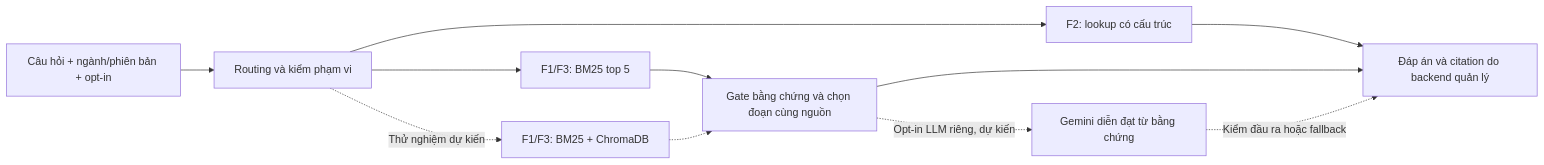
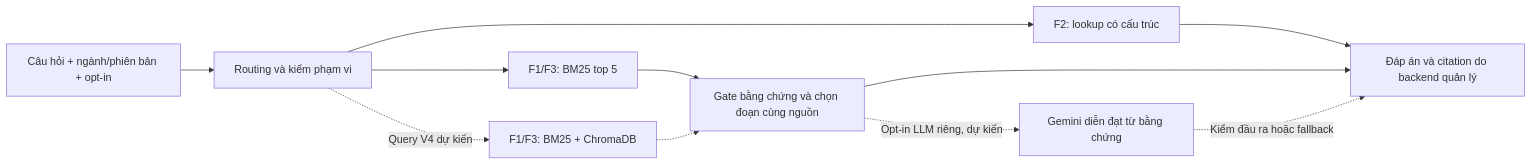
One commit to 5-Bit-System/SE_Project changed the diagram in docs/RAG_PROGRESS_AND_NEXT_PLAN.md. Above: the diagram before and after it, drawn with Mermaid. The commit also changed other lines of this file and 5 other files, not shown here.

````diff
--- a/docs/RAG_PROGRESS_AND_NEXT_PLAN.md
+++ b/docs/RAG_PROGRESS_AND_NEXT_PLAN.md
@@ -9,13 +11,13 @@
 ```mermaid
 flowchart LR
     U[Câu hỏi + ngành/phiên bản + opt-in] --> R[Routing và kiểm phạm vi]
     R --> F2[F2: lookup có cấu trúc]
     F2 --> A[Đáp án và citation do backend quản lý]
     R --> B[F1/F3: BM25 top 5]
     B --> G[Gate bằng chứng và chọn đoạn cùng nguồn]
     G --> A
-    R -. Thử nghiệm dự kiến .-> H[F1/F3: BM25 + ChromaDB]
+    R -. Query V4 dự kiến .-> H[F1/F3: BM25 + ChromaDB]
     H -.-> G
     G -. Opt-in LLM riêng, dự kiến .-> L[Gemini diễn đạt từ bằng chứng]
     L -. Kiểm đầu ra hoặc fallback .-> A
 ```
````
